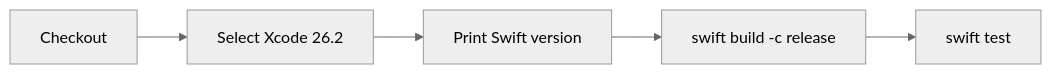
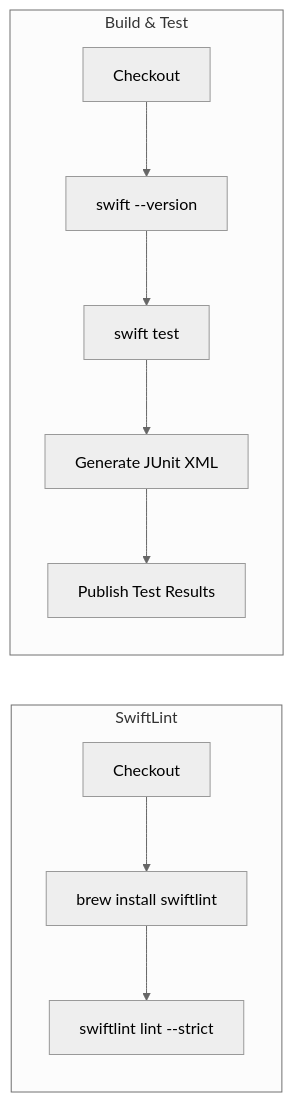
The diagram in Documentation/GitHubActions.md (molayab/swift-ai-provider-kit), drawn with Mermaid (neutral theme) before and after one commit. The commit also changed other lines of this file and 33 other files, not shown here.

Commit message:
Integrate SwiftLint for code style enforcement in project (#7)

````diff
--- a/Documentation/GitHubActions.md
+++ b/Documentation/GitHubActions.md
@@ -36,7 +70,14 @@
 ```mermaid
 flowchart LR
-    A[Checkout] --> B[Select Xcode 26.2]
-    B --> C[Print Swift version]
-    C --> D[swift build -c release]
-    D --> E[swift test]
+    subgraph SwiftLint
+        A[Checkout] --> B[brew install swiftlint]
+        B --> C[swiftlint lint --strict]
+    end
+
+    subgraph Build & Test
+        D[Checkout] --> E[swift --version]
+        E --> F[swift test]
+        F --> G[Generate JUnit XML]
+        G --> H[Publish Test Results]
+    end
 ```
````
